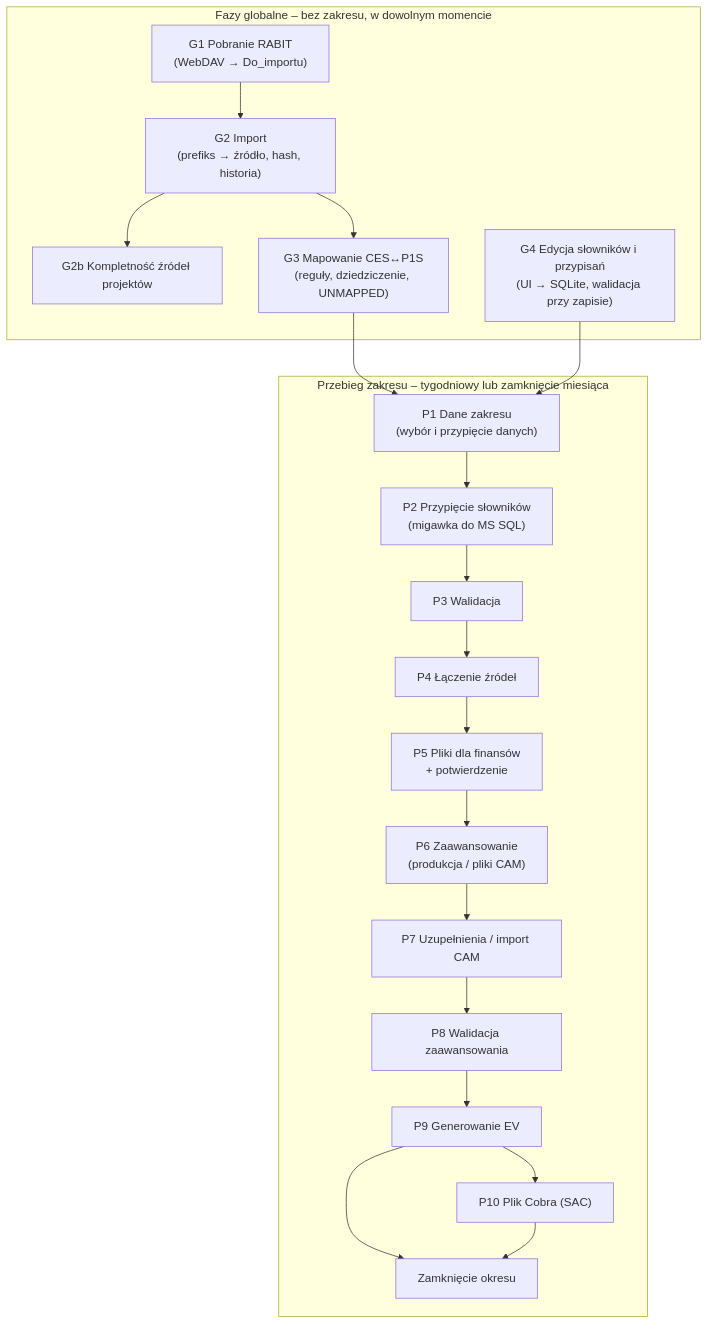
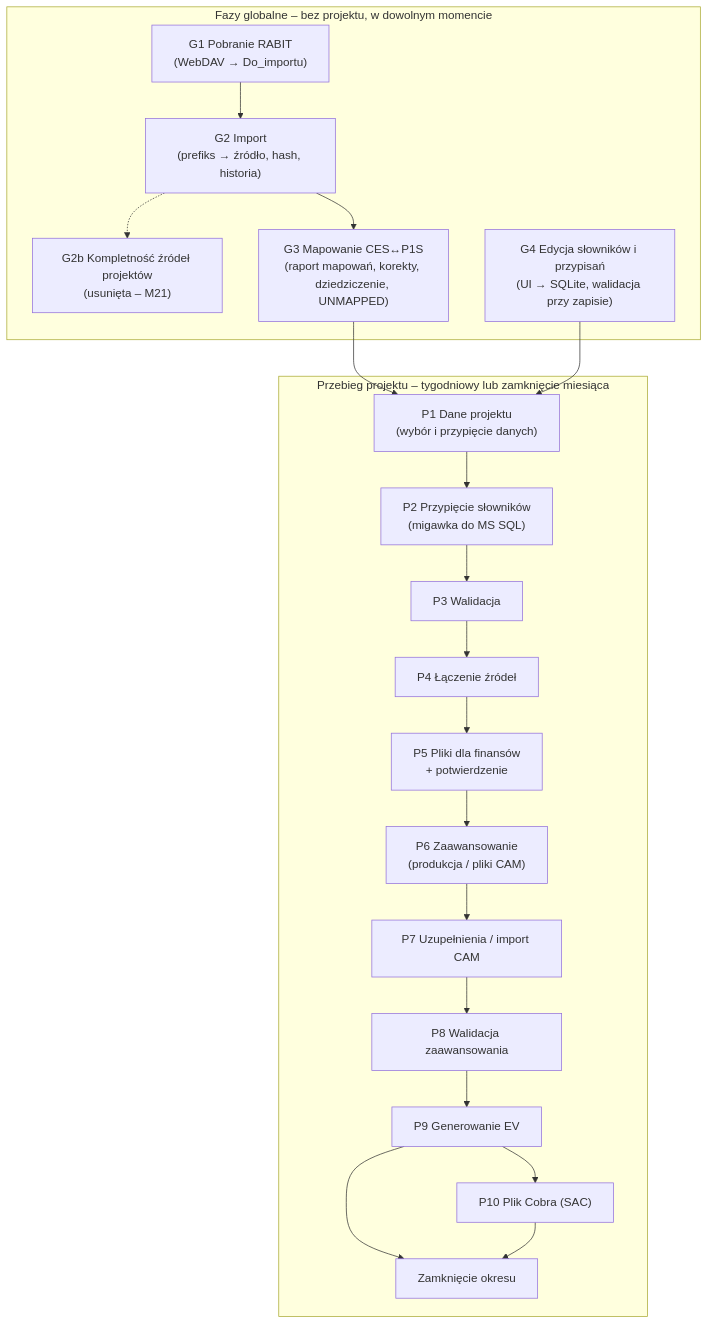
One commit to skrobi/ahd changed the diagram in docs/pipeline-fazy.md. Above: the diagram before and after it, drawn with Mermaid. The commit also changed other lines of this file and 5 other files, not shown here.

````diff
--- a/docs/pipeline-fazy.md
+++ b/docs/pipeline-fazy.md
@@ -31,24 +32,24 @@
 ```mermaid
 flowchart TD
-  subgraph G["Fazy globalne – bez zakresu, w dowolnym momencie"]
+  subgraph G["Fazy globalne – bez projektu, w dowolnym momencie"]
     G1["G1 Pobranie RABIT<br/>(WebDAV → Do_importu)"] --> G2["G2 Import<br/>(prefiks → źródło, hash, historia)"]
-    G2 --> G2b["G2b Kompletność źródeł projektów"]
-    G2 --> G3["G3 Mapowanie CES↔P1S<br/>(reguły, dziedziczenie, UNMAPPED)"]
+    G2 -.-> G2b["G2b Kompletność źródeł projektów<br/>(usunięta – M21)"]
+    G2 --> G3["G3 Mapowanie CES↔P1S<br/>(raport mapowań, korekty, dziedziczenie, UNMAPPED)"]
     G4["G4 Edycja słowników i przypisań<br/>(UI → SQLite, walidacja przy zapisie)"]
   end
-  subgraph P["Przebieg zakresu – tygodniowy lub zamknięcie miesiąca"]
-    P1["P1 Dane zakresu<br/>(wybór i przypięcie danych)"] --> P2["P2 Przypięcie słowników<br/>(migawka do MS SQL)"]
+  subgraph P["Przebieg projektu – tygodniowy lub zamknięcie miesiąca"]
+    P1["P1 Dane projektu<br/>(wybór i przypięcie danych)"] --> P2["P2 Przypięcie słowników<br/>(migawka do MS SQL)"]
     P2 --> P3["P3 Walidacja"]
     P3 --> P4["P4 Łączenie źródeł"]
     P4 --> P5["P5 Pliki dla finansów<br/>+ potwierdzenie"]
     P5 --> P6["P6 Zaawansowanie<br/>(produkcja / pliki CAM)"]
     P6 --> P7["P7 Uzupełnienia / import CAM"]
     P7 --> P8["P8 Walidacja zaawansowania"]
     P8 --> P9["P9 Generowanie EV"]
     P9 --> P10["P10 Plik Cobra (SAC)"]
     P9 --> Z["Zamknięcie okresu"]
     P10 --> Z
   end
   G3 --> P1
   G4 --> P1
 ```
````
